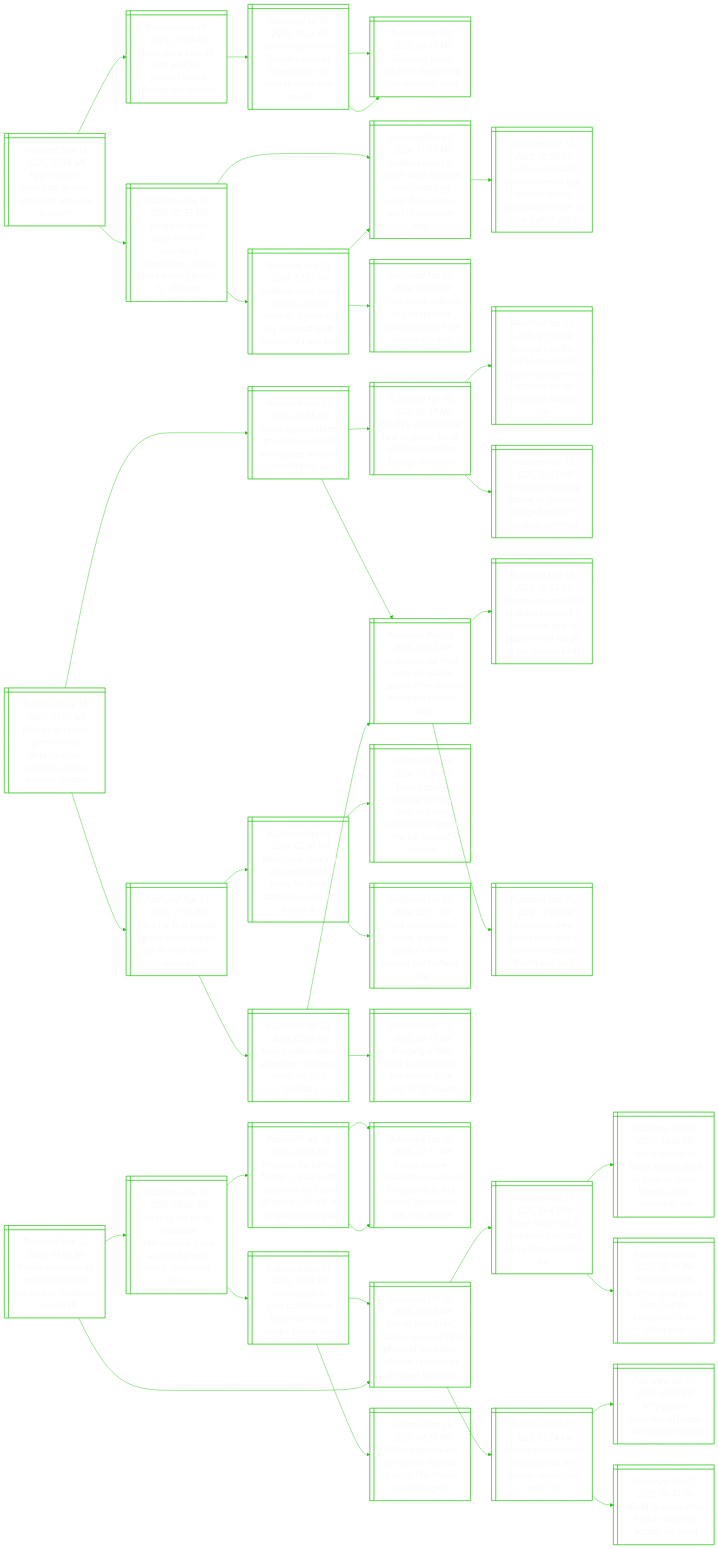
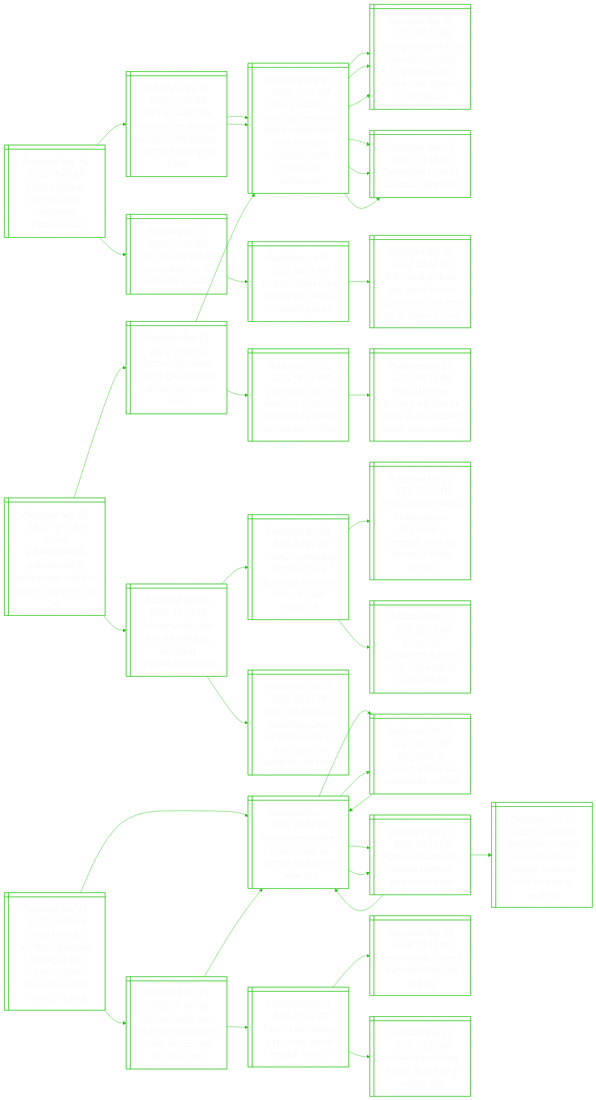
One commit to notJmes/notJmes changed the diagram in README.md. Above: the diagram before and after it, drawn with Mermaid. The commit also changed other lines of this file, not shown here.

````diff
--- a/README.md
+++ b/README.md
@@ -16,130 +16,118 @@
 flowchart LR
 classDef txtsize font-size:20px;
 
-Aaotentweg@{ shape: win-pane, label: "_Published Nov 14, 2025, 07:14 AM_
-Apple aims to capitalise on mini app trend with new program" }
-HpOGeriaun@{ shape: win-pane, label: "_Published Jul 28, 2025, 07:50 AM_
-How apple’s ios 26 and google’s android 16 will change our phones" }
-Sntleeeotsem@{ shape: win-pane, label: "_Published Jul 10, 2025, 10:25 AM_
-Samsung’s bet on foldable phones faces major test with slimmer new model" }
-Snflnecuss@{ shape: win-pane, label: "_Published Jul 08, 2025, 08:07 AM_
-Samsung profit halves in deepening chip business crisis" }
-Snflnecuss@{ shape: win-pane, label: "_Published Jul 08, 2025, 08:07 AM_
-Samsung profit halves in deepening chip business crisis" }
-Geopmnfeppsmiofd@{ shape: win-pane, label: "_Published Aug 26, 2025, 02:53 PM_
-Google to block apps from all unverified developers, s’pore users among first to be affected" }
-Airpoofnlnfppfsr@{ shape: win-pane, label: "_Published Feb 07, 2024, 11:09 AM_
-Android users in s’pore to be blocked from installing unverified apps as part of anti-scam trial" }
-Siwcciyssuetnto@{ shape: win-pane, label: "_Published Oct 14, 2023, 10:00 AM_
-Spike in malware scam victims in july, august; losses equivalent to that in first half of 2023" }
-Mrmsursneloagbra@{ shape: win-pane, label: "_Published Aug 15, 2024, 12:55 PM_
-Malware scam cases dip but android users in   s’pore still try to install high number of risky apps" }
-Airpoofnlnfppfsr@{ shape: win-pane, label: "_Published Feb 07, 2024, 11:09 AM_
-Android users in s’pore to be blocked from installing unverified apps as part of anti-scam trial" }
-Ctsnpcrovrls@{ shape: win-pane, label: "_Published Feb 25, 2024, 05:00 AM_
-Check these settings to protect your android device from malware scams" }
+Vpscernto@{ shape: win-pane, label: "_Published Nov 14, 2025, 10:45 AM_
+Video podcasts become next streaming battleground" }
+Znaciippfiiirh@{ shape: win-pane, label: "_Published Nov 06, 2025, 01:25 AM_
+Zohran mamdani victory in us fires up europe’s left against right-wing surge at home" }
+YMmnoihaiYilehpea@{ shape: win-pane, label: "_Published Nov 05, 2025, 10:55 AM_
+Young, muslim, asian and socialist: zohran mamdani’s new york win challenges both trump and democrats" }
+YMmimociYaoauoc@{ shape: win-pane, label: "_Published Nov 05, 2025, 01:27 AM_
+Young muslim leftist mamdani on track to win new york mayor vote, shaking up us politics" }
+Twreig@{ shape: win-pane, label: "_Published Nov 05, 2025, 10:50 AM_
+Takeaways from us election night 2025" }
+YMmnoihaiYilehpea@{ shape: win-pane, label: "_Published Nov 05, 2025, 10:55 AM_
+Young, muslim, asian and socialist: zohran mamdani’s new york win challenges both trump and democrats" }
+YMmimociYaoauoc@{ shape: win-pane, label: "_Published Nov 05, 2025, 01:27 AM_
+Young muslim leftist mamdani on track to win new york mayor vote, shaking up us politics" }
+Twreig@{ shape: win-pane, label: "_Published Nov 05, 2025, 10:50 AM_
+Takeaways from us election night 2025" }
+Trnsdouex@{ shape: win-pane, label: "_Published Jul 15, 2025, 07:55 AM_
+The streaming wars come down to 2: youtube v netflix" }
+Isenroeaw@{ shape: win-pane, label: "_Published Jun 01, 2023, 04:35 PM_
+India’s richest man enters the online streaming wars" }
+Boenssilayuect@{ shape: win-pane, label: "_Published Dec 30, 2022, 08:48 AM_
+Billionaire ambani sets goals for his children as they step up at reliance units" }
 
-Aaotentweg:::txtsize --> HpOGeriaun:::txtsize
-HpOGeriaun:::txtsize --> Sntleeeotsem:::txtsize
-Sntleeeotsem:::txtsize --> Snflnecuss:::txtsize
-Sntleeeotsem:::txtsize --> Snflnecuss:::txtsize
-Aaotentweg:::txtsize --> Geopmnfeppsmiofd:::txtsize
-Geopmnfeppsmiofd:::txtsize --> Airpoofnlnfppfsr:::txtsize
-Airpoofnlnfppfsr:::txtsize --> Siwcciyssuetnto:::txtsize
-Geopmnfeppsmiofd:::txtsize --> Mrmsursneloagbra:::txtsize
-Mrmsursneloagbra:::txtsize --> Airpoofnlnfppfsr:::txtsize
-Mrmsursneloagbra:::txtsize --> Ctsnpcrovrls:::txtsize
+Vpscernto:::txtsize --> Znaciippfiiirh:::txtsize
+Znaciippfiiirh:::txtsize --> YMmnoihaiYilehpea:::txtsize
+YMmnoihaiYilehpea:::txtsize --> YMmimociYaoauoc:::txtsize
+YMmnoihaiYilehpea:::txtsize --> Twreig:::txtsize
+Znaciippfiiirh:::txtsize --> YMmnoihaiYilehpea:::txtsize
+YMmnoihaiYilehpea:::txtsize --> YMmimociYaoauoc:::txtsize
+YMmnoihaiYilehpea:::txtsize --> Twreig:::txtsize
+Vpscernto:::txtsize --> Trnsdouex:::txtsize
+Trnsdouex:::txtsize --> Isenroeaw:::txtsize
+Isenroeaw:::txtsize --> Boenssilayuect:::txtsize
 
-Brslodyslsksag@{ shape: win-pane, label: "_Published Nov 14, 2025, 07:07 AM_
-Blue origin’s new glenn rocket deploys mars satellites, sticks booster landing" }
-GgcmnufsweeeS@{ shape: win-pane, label: "_Published Nov 13, 2025, 09:58 AM_
-Geomagnetic storm grounds launch of mars space weather satellites in us" }
-Flpcaneshailic@{ shape: win-pane, label: "_Published Apr 30, 2025, 05:07 AM_
-Firefly’s alpha rocket fails in space, sends lockheed satellite falling into ocean" }
-RaeeeurogeatnUls@{ shape: win-pane, label: "_Published Apr 26, 2025, 01:35 AM_
-Russian satellite linked to nuclear weapon programme appears out of control, us analysts say" }
-Fneniceeunljn@{ shape: win-pane, label: "_Published Apr 15, 2025, 10:51 PM_
-Finland developing device to counter alleged russian satellite jamming" }
-Urtdocpadoaas@{ shape: win-pane, label: "_Published Mar 18, 2025, 01:02 AM_
-Us astronauts head home on spacex capsule after drawn-out space station stay" }
-Ansdssomsseeghay@{ shape: win-pane, label: "_Published Mar 18, 2025, 10:55 AM_
-Astronauts stranded in space station for 9 months: why is space travel tough on the human body?" }
-Anrctctoatd@{ shape: win-pane, label: "_Published Mar 16, 2025, 12:31 PM_
-Astronaut crew docks with space station to replace ‘butch and suni’" }
-RosvptnsNeeI@{ shape: win-pane, label: "_Published Nov 13, 2025, 11:01 PM_
-Race for first private space station heats up as nasa set to retire iss" }
-AptpanloctoesS@{ shape: win-pane, label: "_Published Oct 14, 2024, 02:50 PM_
-Aerospace start-up vast announces plans for space station to succeed nasa’s iss" }
-Isetasaneeaeeoa@{ shape: win-pane, label: "_Published Oct 14, 2024, 10:36 AM_
-India’s space strategy: harness data and tiny satellites to capture market beyond spacex" }
-NproyhpsEaar@{ shape: win-pane, label: "_Published Oct 14, 2024, 02:11 AM_
-Nasa spacecraft to study whether jupiter’s moon europa can harbour life" }
-NotvrtrEoia@{ shape: win-pane, label: "_Published Apr 20, 2025, 05:05 PM_
-Nasa’s oldest active astronaut returns to earth on 70th birthday" }
-Urtdocpadoaas@{ shape: win-pane, label: "_Published Mar 18, 2025, 01:02 AM_
-Us astronauts head home on spacex capsule after drawn-out space station stay" }
-Biistcholils@{ shape: win-pane, label: "_Published Apr 17, 2025, 02:15 PM_
-Bringing a little spice to space with the monse blue origin flight suits" }
+Taitreieoblfri@{ shape: win-pane, label: "_Published Nov 14, 2025, 10:11 AM_
+Trump administration prepares tariff exemptions in bid to lower food prices in us" }
+Drwialosdp@{ shape: win-pane, label: "_Published Nov 05, 2025, 09:46 AM_
+Democrats sweep first major elections of second trump term" }
+YMmnoihaiYilehpea@{ shape: win-pane, label: "_Published Nov 05, 2025, 10:55 AM_
+Young, muslim, asian and socialist: zohran mamdani’s new york win challenges both trump and democrats" }
+YMmimociYaoauoc@{ shape: win-pane, label: "_Published Nov 05, 2025, 01:27 AM_
+Young muslim leftist mamdani on track to win new york mayor vote, shaking up us politics" }
+Twreig@{ shape: win-pane, label: "_Published Nov 05, 2025, 10:50 AM_
+Takeaways from us election night 2025" }
+Ctywmaeiseary@{ shape: win-pane, label: "_Published Jul 15, 2025, 06:24 AM_
+Cuomo to stay in new york mayoral race despite losing democratic primary" }
+MnCankgnsodty@{ shape: win-pane, label: "_Published Jun 27, 2025, 06:16 PM_
+Mamdani’s nyc primary win sparks surge in anti-muslim posts, advocates say" }
+Ttfevhniiiss@{ shape: win-pane, label: "_Published Apr 03, 2025, 11:10 AM_
+Trump tariffs take aim everywhere, including uninhabited islands" }
+Tspaspadanop@{ shape: win-pane, label: "_Published Apr 03, 2025, 04:47 AM_
+Trump’s sweeping tariffs amp up global trade war as china, eu vow response" }
+Ttftlaraarasrafl@{ shape: win-pane, label: "_Published Apr 03, 2025, 07:56 AM_
+Trump tariffs: hitting close partner singapore ‘a surprise’, says ex-senior us trade official" }
+Acnrrhteur@{ shape: win-pane, label: "_Published Feb 17, 2025, 01:52 PM_
+American consumers learn to shop in the age of trump tariffs" }
+OiaeqsenonBoH@{ shape: win-pane, label: "_Published Mar 28, 2025, 02:47 PM_
+Over 153 killed as powerful quake strikes myanmar, sows panic in bangkok and hanoi" }
 
-Brslodyslsksag:::txtsize --> GgcmnufsweeeS:::txtsize
-GgcmnufsweeeS:::txtsize --> Flpcaneshailic:::txtsize
-Flpcaneshailic:::txtsize --> RaeeeurogeatnUls:::txtsize
-Flpcaneshailic:::txtsize --> Fneniceeunljn:::txtsize
-GgcmnufsweeeS:::txtsize --> Urtdocpadoaas:::txtsize
-Urtdocpadoaas:::txtsize --> Ansdssomsseeghay:::txtsize
-Urtdocpadoaas:::txtsize --> Anrctctoatd:::txtsize
-Brslodyslsksag:::txtsize --> RosvptnsNeeI:::txtsize
-RosvptnsNeeI:::txtsize --> AptpanloctoesS:::txtsize
-AptpanloctoesS:::txtsize --> Isetasaneeaeeoa:::txtsize
-AptpanloctoesS:::txtsize --> NproyhpsEaar:::txtsize
-RosvptnsNeeI:::txtsize --> NotvrtrEoia:::txtsize
-NotvrtrEoia:::txtsize --> Urtdocpadoaas:::txtsize
-NotvrtrEoia:::txtsize --> Biistcholils:::txtsize
+Taitreieoblfri:::txtsize --> Drwialosdp:::txtsize
+Drwialosdp:::txtsize --> YMmnoihaiYilehpea:::txtsize
+YMmnoihaiYilehpea:::txtsize --> YMmimociYaoauoc:::txtsize
+YMmnoihaiYilehpea:::txtsize --> Twreig:::txtsize
+Drwialosdp:::txtsize --> Ctywmaeiseary:::txtsize
+Ctywmaeiseary:::txtsize --> MnCankgnsodty:::txtsize
+Taitreieoblfri:::txtsize --> Ttfevhniiiss:::txtsize
+Ttfevhniiiss:::txtsize --> Tspaspadanop:::txtsize
+Tspaspadanop:::txtsize --> Ttftlaraarasrafl:::txtsize
+Tspaspadanop:::txtsize --> Acnrrhteur:::txtsize
+Ttfevhniiiss:::txtsize --> OiaeqsenonBoH:::txtsize
 
-RaotUooaceoa@{ shape: win-pane, label: "_Published Nov 14, 2025, 07:02 AM_
-Russia proposes its own un resolution on gaza in challenge to us draft" }
-Uatdnaacareonw@{ shape: win-pane, label: "_Published Nov 05, 2025, 08:02 AM_
-Us may ask un to mandate international force in gaza for two years, document shows" }
-AtHfezerydatoGel@{ shape: win-pane, label: "_Published Sep 30, 2025, 06:45 AM_
-Amnesty for hamas fighters, gaza to be governed by ‘board of peace’: details of the gaza peace plan" }
-Tseaupoabmrnluo@{ shape: win-pane, label: "_Published Sep 30, 2025, 12:11 AM_
-Trump secures netanyahu’s support for gaza deal, but hamas’ agreement still in question" }
-Tseaupoabmrnluo@{ shape: win-pane, label: "_Published Sep 30, 2025, 12:11 AM_
-Trump secures netanyahu’s support for gaza deal, but hamas’ agreement still in question" }
-Udoaitotnous@{ shape: win-pane, label: "_Published Nov 03, 2025, 11:57 PM_
-Un mandate for gaza stabilisation force still in the works, turkey says" }
-TssHaossaaorslaoe@{ shape: win-pane, label: "_Published Oct 09, 2025, 05:09 AM_
-Trump says israel, hamas agree on first phase of gaza deal, allowing release of all israeli hostages" }
-TIeshhetdpoG@{ shape: win-pane, label: "_Published Oct 25, 2025, 07:20 PM_
-Turks, indonesians or others? the race is on to find troops to police gaza" }
-TssHaossaaorslaoe@{ shape: win-pane, label: "_Published Oct 09, 2025, 05:09 AM_
-Trump says israel, hamas agree on first phase of gaza deal, allowing release of all israeli hostages" }
-Ilsnrakhoar@{ shape: win-pane, label: "_Published Oct 07, 2025, 04:43 PM_
-Israel marks oct 7 anniversary as talks are held to end gaza war" }
-Sbsrcdnacaale@{ shape: win-pane, label: "_Published Oct 08, 2023, 12:45 AM_
-‘sea of bodies’ in israel, scores dead in gaza as shock hamas attack unleashes war" }
-Hatmzcnhodro@{ shape: win-pane, label: "_Published Oct 04, 2025, 05:11 PM_
-Hamas accepts trump’s gaza peace plan, but the bloodshed is far from over" }
+IlinraoeHIiaelaG@{ shape: win-pane, label: "_Published Nov 14, 2025, 09:20 AM_
+Israel receives another deceased hostage from hamas, islamic jihad, three still remain in gaza" }
+NyeeawHakl@{ shape: win-pane, label: "_Published Oct 07, 2023, 12:04 PM_
+Netanyahu declares israel at war as hamas attacks kill over 100" }
+WzptIleint@{ shape: win-pane, label: "_Published Oct 07, 2023, 05:15 PM_
+Why gaza is epicentre of israeli-palestinian conflict" }
+NyeeawHakl@{ shape: win-pane, label: "_Published Oct 07, 2023, 12:04 PM_
+Netanyahu declares israel at war as hamas attacks kill over 100" }
+Wiceapaks@{ shape: win-pane, label: "_Published Oct 07, 2023, 06:44 PM_
+World in shock after hamas surprise attacks on israel" }
+NyeeawHakl@{ shape: win-pane, label: "_Published Oct 07, 2023, 12:04 PM_
+Netanyahu declares israel at war as hamas attacks kill over 100" }
+SptldtrcIlsnic@{ shape: win-pane, label: "_Published Oct 07, 2023, 10:24 PM_
+Singapore strongly condemns terror attacks on israel, calls for end to violence" }
+Hholissrrazo@{ shape: win-pane, label: "_Published Oct 13, 2025, 01:47 PM_
+Hamas hands over all living hostages to israel; trump says gaza war over" }
 NyeeawHakl@{ shape: win-pane, label: "_Published Oct 07, 2023, 12:04 PM_
 Netanyahu declares israel at war as hamas attacks kill over 100" }
 WzptIleint@{ shape: win-pane, label: "_Published Oct 07, 2023, 05:15 PM_
 Why gaza is epicentre of israeli-palestinian conflict" }
 Wiceapaks@{ shape: win-pane, label: "_Published Oct 07, 2023, 06:44 PM_
 World in shock after hamas surprise attacks on israel" }
+FetGaoumo@{ shape: win-pane, label: "_Published Aug 22, 2025, 05:27 PM_
+Famine has struck gaza, says global hunger monitor" }
+Ilcaagmn@{ shape: win-pane, label: "_Published Nov 09, 2024, 10:03 PM_
+Israel rejects ‘biased’ warning of famine in gaza" }
+Ulfezsrda@{ shape: win-pane, label: "_Published Aug 22, 2025, 03:02 PM_
+Un declares famine in gaza; first ever in middle east" }
 
-RaotUooaceoa:::txtsize --> Uatdnaacareonw:::txtsize
-Uatdnaacareonw:::txtsize --> AtHfezerydatoGel:::txtsize
-AtHfezerydatoGel:::txtsize --> Tseaupoabmrnluo:::txtsize
-AtHfezerydatoGel:::txtsize --> Tseaupoabmrnluo:::txtsize
-Uatdnaacareonw:::txtsize --> Udoaitotnous:::txtsize
-Udoaitotnous:::txtsize --> TssHaossaaorslaoe:::txtsize
-Udoaitotnous:::txtsize --> TIeshhetdpoG:::txtsize
-RaotUooaceoa:::txtsize --> TssHaossaaorslaoe:::txtsize
-TssHaossaaorslaoe:::txtsize --> Ilsnrakhoar:::txtsize
-Ilsnrakhoar:::txtsize --> Sbsrcdnacaale:::txtsize
-Ilsnrakhoar:::txtsize --> Hatmzcnhodro:::txtsize
-TssHaossaaorslaoe:::txtsize --> NyeeawHakl:::txtsize
+IlinraoeHIiaelaG:::txtsize --> NyeeawHakl:::txtsize
+NyeeawHakl:::txtsize --> WzptIleint:::txtsize
+WzptIleint:::txtsize --> NyeeawHakl:::txtsize
+NyeeawHakl:::txtsize --> Wiceapaks:::txtsize
+Wiceapaks:::txtsize --> NyeeawHakl:::txtsize
+Wiceapaks:::txtsize --> SptldtrcIlsnic:::txtsize
+IlinraoeHIiaelaG:::txtsize --> Hholissrrazo:::txtsize
+Hholissrrazo:::txtsize --> NyeeawHakl:::txtsize
 NyeeawHakl:::txtsize --> WzptIleint:::txtsize
 NyeeawHakl:::txtsize --> Wiceapaks:::txtsize
+Hholissrrazo:::txtsize --> FetGaoumo:::txtsize
+FetGaoumo:::txtsize --> Ilcaagmn:::txtsize
+FetGaoumo:::txtsize --> Ulfezsrda:::txtsize
 
 ```
````
